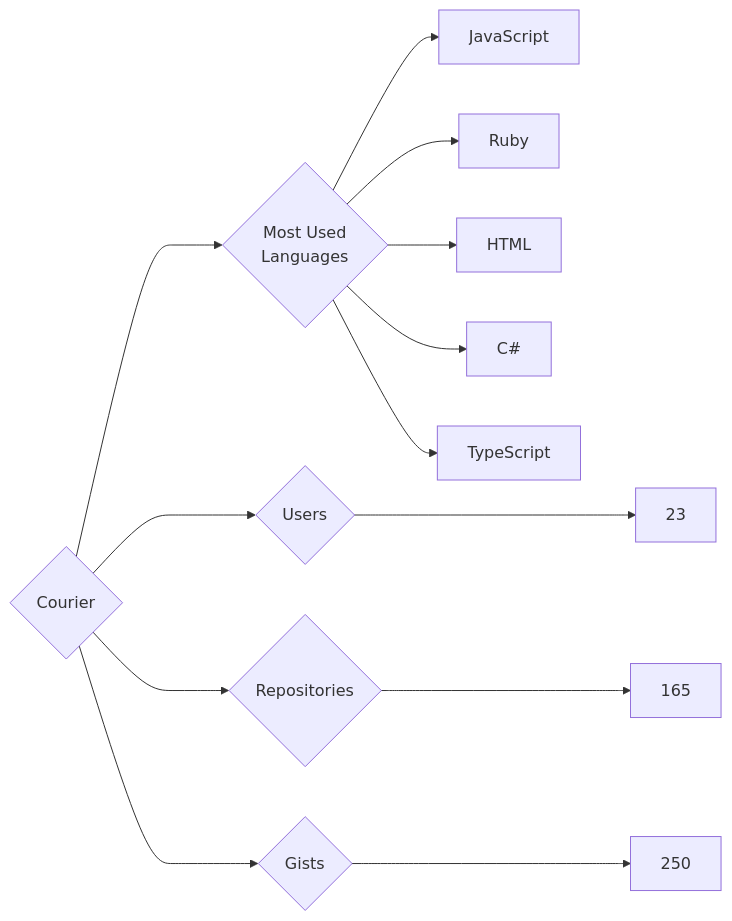
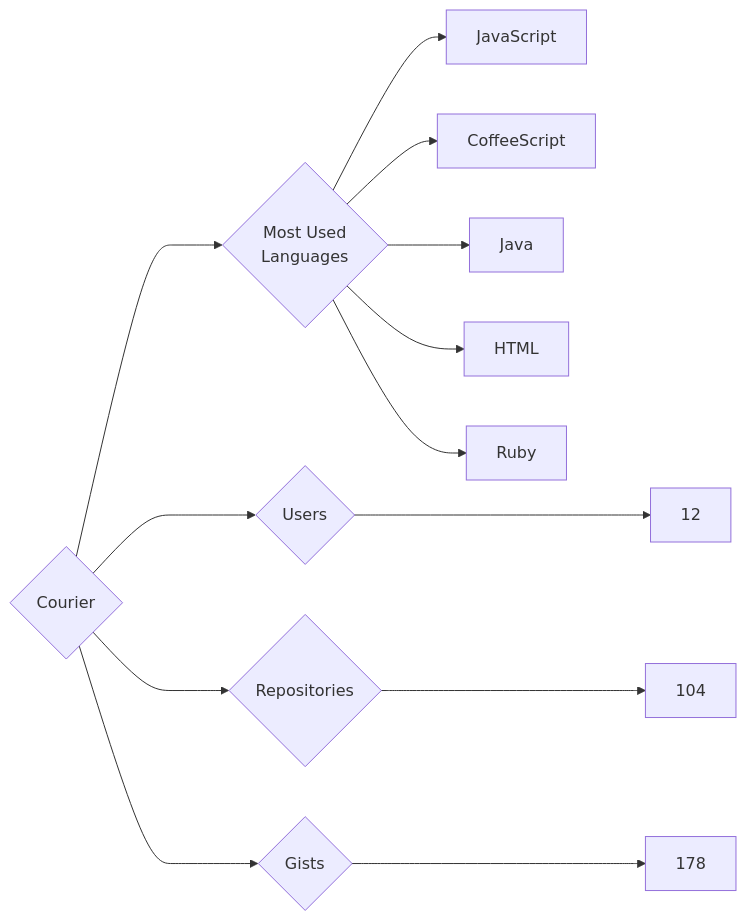
One commit to trickest/insiders changed the diagram in targets/Courier/README.md. Above: the diagram before and after it, drawn with Mermaid. The commit also changed 930 other files, not shown here.

````diff
--- a/targets/Courier/README.md
+++ b/targets/Courier/README.md
@@ -3,13 +3,13 @@
 ```mermaid
 graph LR
 COMPANY_NAME{Courier}
-COMPANY_NAME ---> U{Users} ---> UN[23]
-COMPANY_NAME ---> R{Repositories} ---> RN[165]
-COMPANY_NAME ---> G{Gists} ---> GN[250]
+COMPANY_NAME ---> U{Users} ---> UN[12]
+COMPANY_NAME ---> R{Repositories} ---> RN[104]
+COMPANY_NAME ---> G{Gists} ---> GN[178]
 COMPANY_NAME ---> ML{Most Used<br>Languages}
 ML --> JavaScript[JavaScript]
+ML --> CoffeeScript[CoffeeScript]
+ML --> Java[Java]
+ML --> HTML[HTML]
 ML --> Ruby[Ruby]
-ML --> HTML[HTML]
-ML --> C#[C#]
-ML --> TypeScript[TypeScript]
 ```
````
